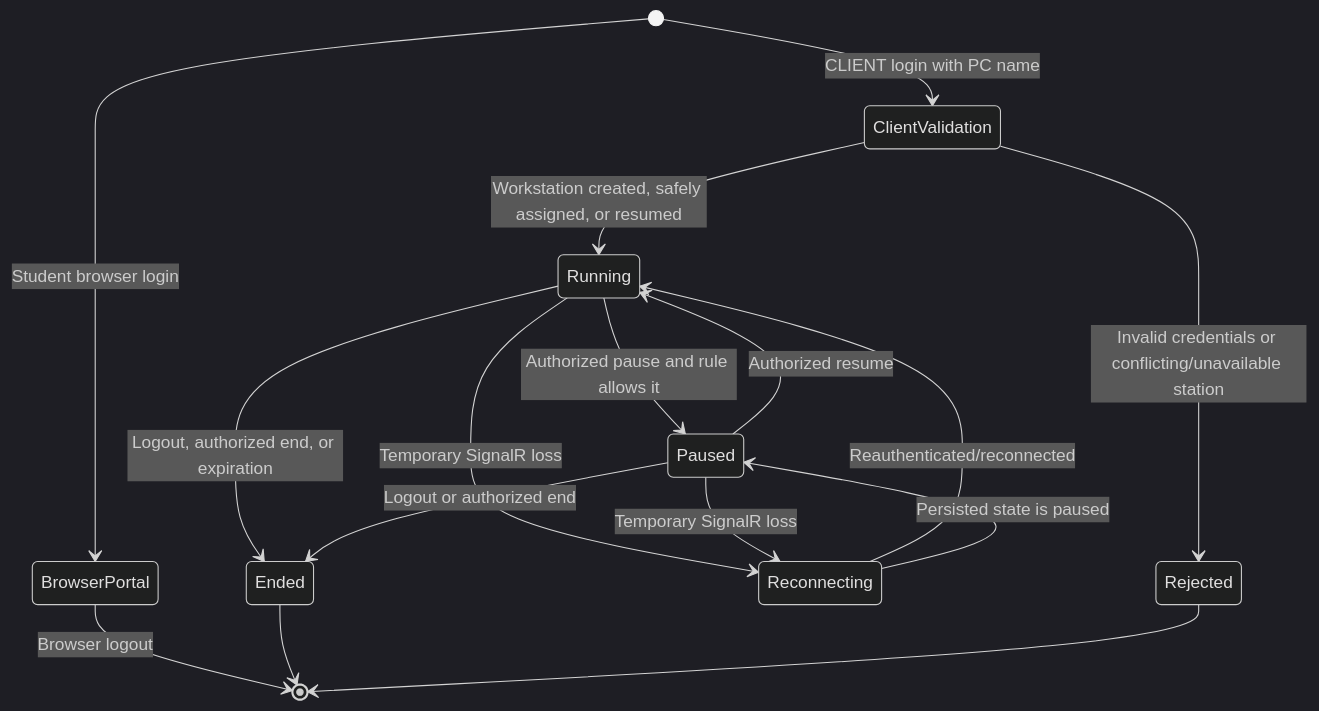
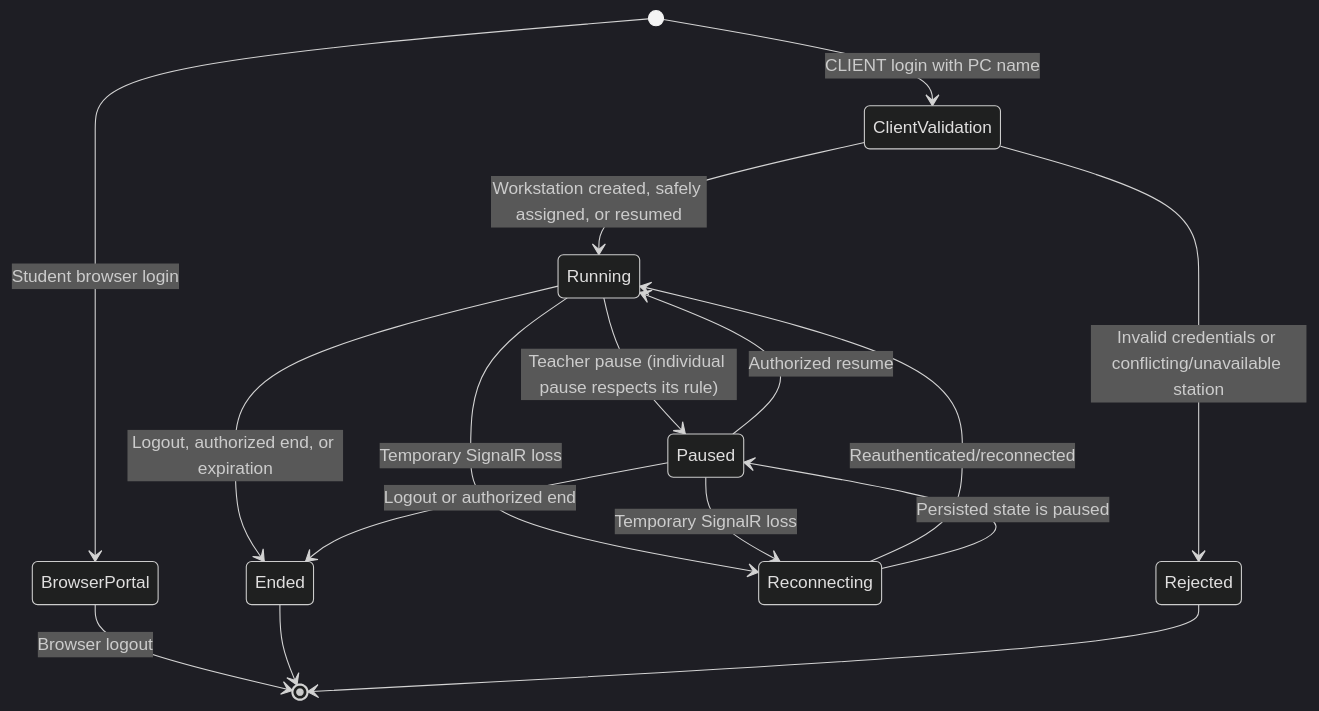
The second of 2 diagrams in CAMS-Guide.md (ACTstudent/RemoteAcessMonitoringSoftware4sale), drawn with Mermaid (dark theme) before and after one commit. The commit also changed other lines of this file and 14 other files, not shown here.

````diff
--- a/CAMS-Guide.md
+++ b/CAMS-Guide.md
@@ -139,19 +140,19 @@
 ```mermaid
 stateDiagram-v2
     [*] --> BrowserPortal: Student browser login
     BrowserPortal --> [*]: Browser logout
 
     [*] --> ClientValidation: CLIENT login with PC name
     ClientValidation --> Rejected: Invalid credentials or conflicting/unavailable station
     ClientValidation --> Running: Workstation created, safely assigned, or resumed
-    Running --> Paused: Authorized pause and rule allows it
+    Running --> Paused: Teacher pause (individual pause respects its rule)
     Paused --> Running: Authorized resume
     Running --> Reconnecting: Temporary SignalR loss
     Paused --> Reconnecting: Temporary SignalR loss
     Reconnecting --> Running: Reauthenticated/reconnected
     Reconnecting --> Paused: Persisted state is paused
     Running --> Ended: Logout, authorized end, or expiration
     Paused --> Ended: Logout or authorized end
     Ended --> [*]
     Rejected --> [*]
 ```
````
